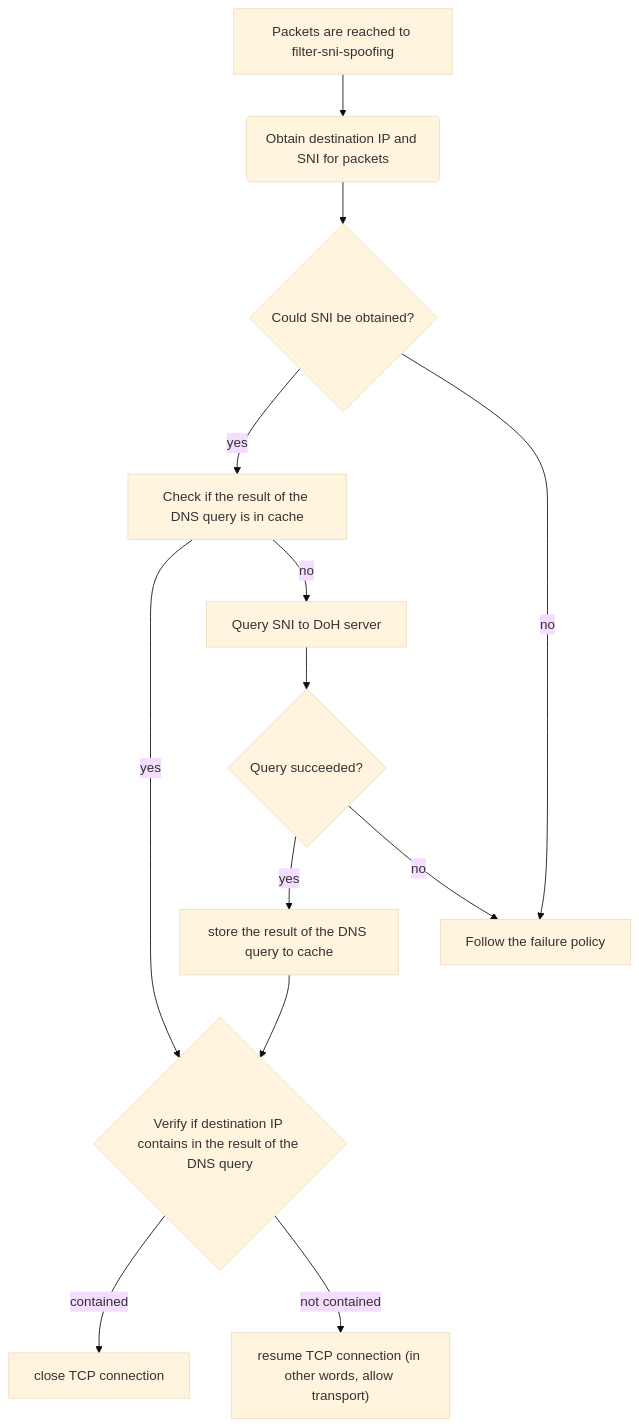
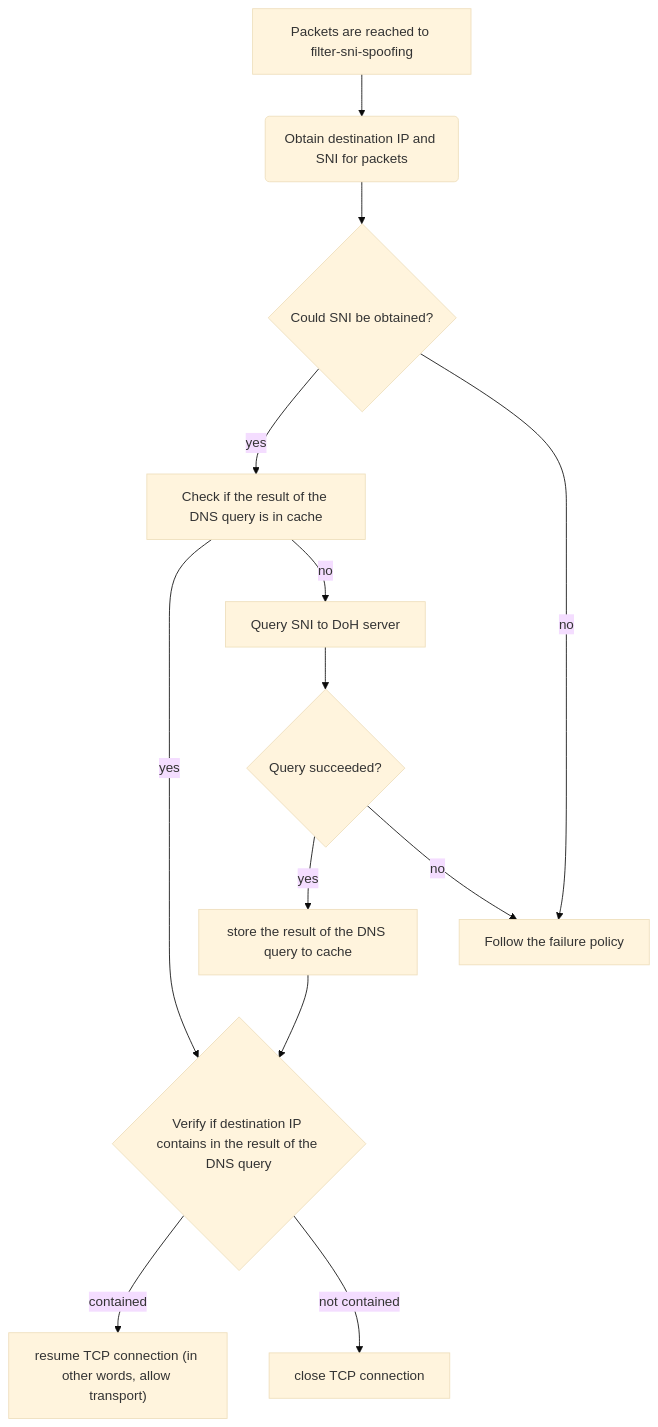
Before and after one commit to ShotaKitazawa/filter-sni-spoofing: the diagram in README.md, drawn with Mermaid (base theme). The commit also changed other lines of this file, not shown here.

````diff
--- a/README.md
+++ b/README.md
@@ -95,20 +95,20 @@
 ```mermaid
 flowchart TD
     A[Packets are reached to filter-sni-spoofing] --> B(Obtain destination IP and SNI for packets)
     B --> C{Could SNI be obtained?}
     C -->|yes| D[Check if the result of the DNS query is in cache]
     C -->|no| follow_failure_policy
     D -->|yes| verify_sni
     D -->|no| E[Query SNI to DoH server]
     E --> F{Query succeeded?}
     F -->|yes| G[store the result of the DNS query to cache]
     F -->|no| follow_failure_policy
     G --> verify_sni
     verify_sni -->|contained| resume
     verify_sni -->|not contained| close
 
     verify_sni{Verify if destination IP contains in the result of the DNS query}
     follow_failure_policy[Follow the failure policy]
-    resume[close TCP connection]
-    close["resume TCP connection (in other words, allow transport)"]
+    resume["resume TCP connection (in other words, allow transport)"]
+    close[close TCP connection]
 ```
````
